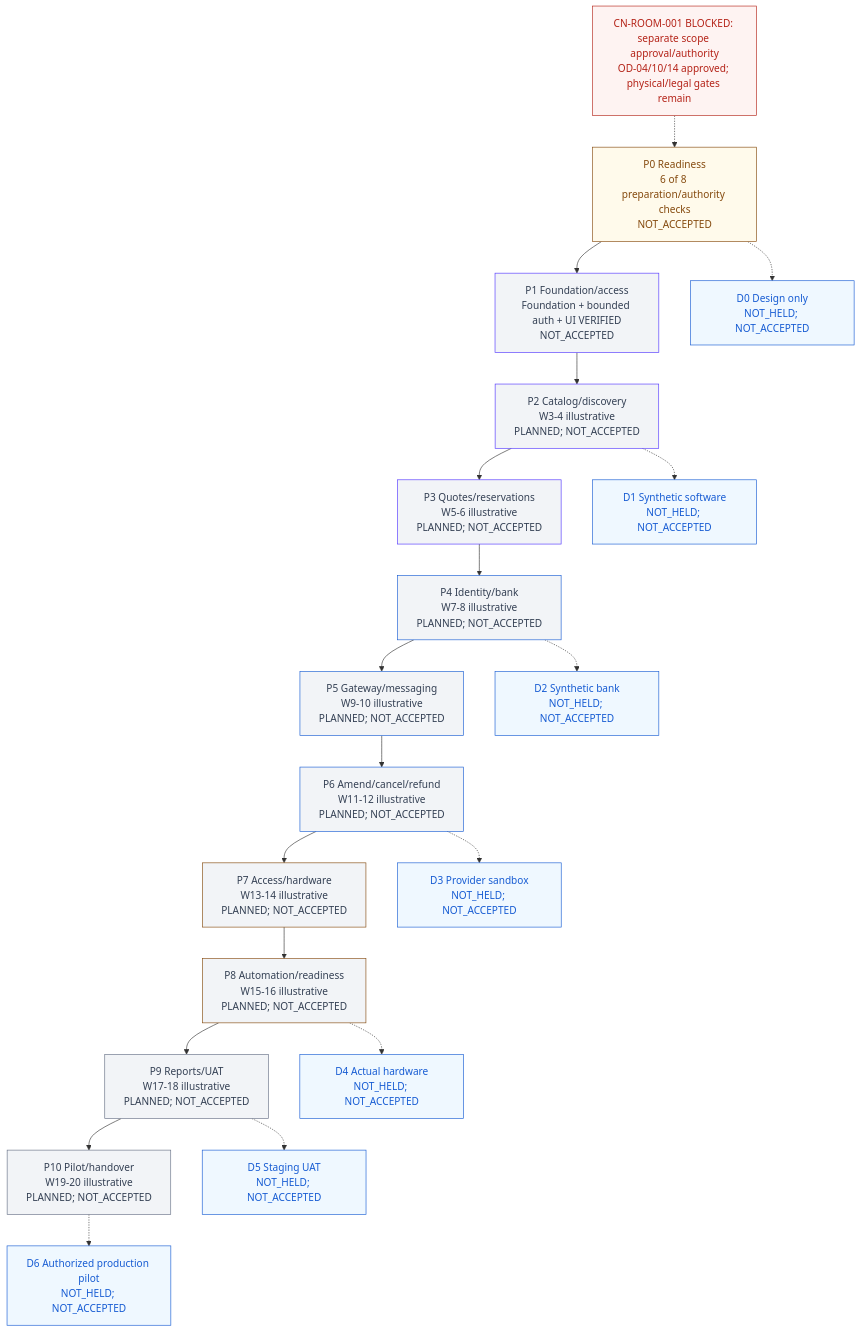
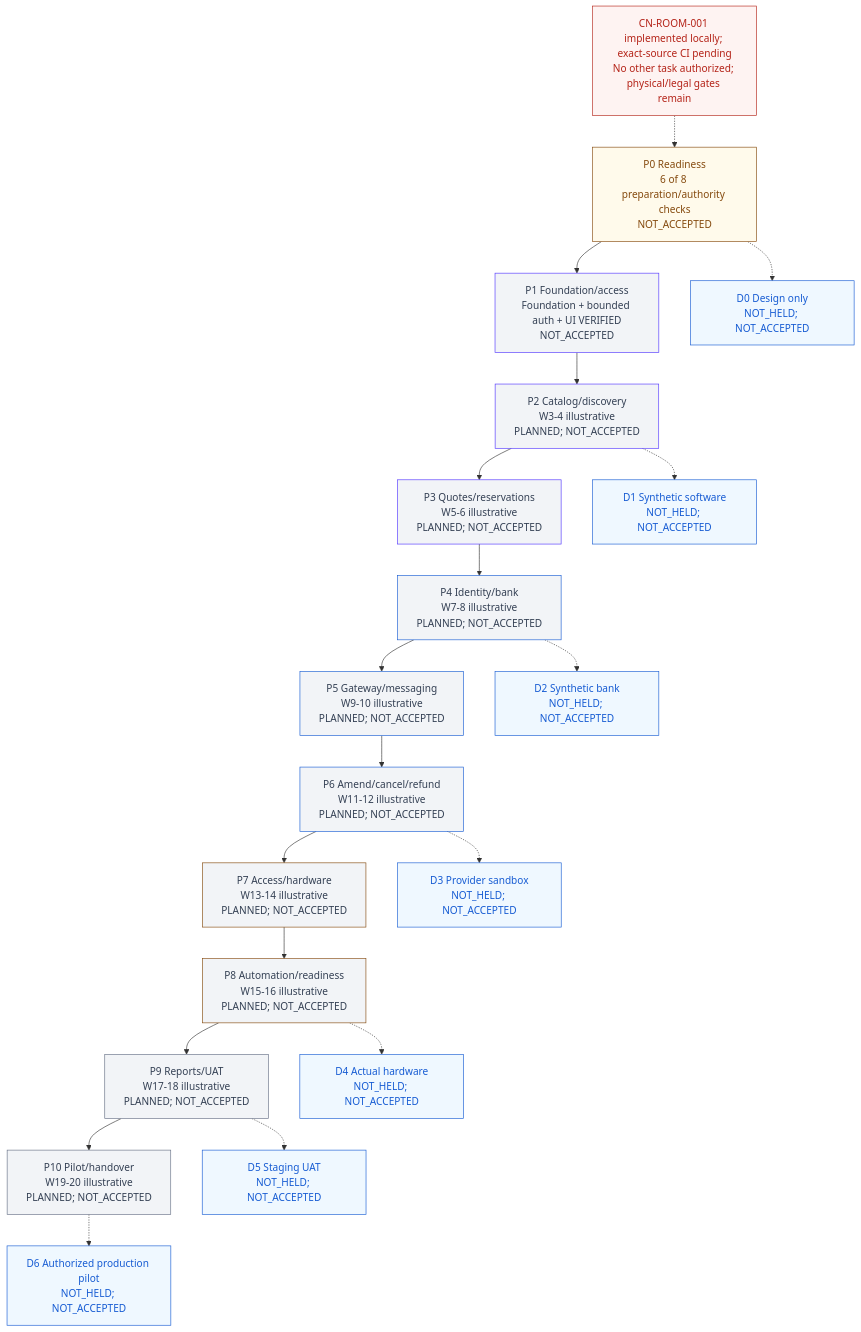
The diagram in knowledge/PROGRESS.md (Hasitha3513/Theater-Project), drawn with Mermaid before and after one commit. The commit also changed other lines of this file and 47 other files, not shown here.

````diff
--- a/knowledge/PROGRESS.md
+++ b/knowledge/PROGRESS.md
@@ -279,45 +292,45 @@
 ```mermaid
 flowchart TB
-  G["CN-ROOM-001 BLOCKED: separate scope approval/authority<br/>OD-04/10/14 approved; physical/legal gates remain"]
+  G["CN-ROOM-001 implemented locally; exact-source CI pending<br/>No other task authorized; physical/legal gates remain"]
   P0["P0 Readiness<br/>6 of 8 preparation/authority checks<br/>NOT_ACCEPTED"]
   P1["P1 Foundation/access<br/>Foundation + bounded auth + UI VERIFIED<br/>NOT_ACCEPTED"]
   P2["P2 Catalog/discovery<br/>W3-4 illustrative<br/>PLANNED; NOT_ACCEPTED"]
   P3["P3 Quotes/reservations<br/>W5-6 illustrative<br/>PLANNED; NOT_ACCEPTED"]
   P4["P4 Identity/bank<br/>W7-8 illustrative<br/>PLANNED; NOT_ACCEPTED"]
   P5["P5 Gateway/messaging<br/>W9-10 illustrative<br/>PLANNED; NOT_ACCEPTED"]
   P6["P6 Amend/cancel/refund<br/>W11-12 illustrative<br/>PLANNED; NOT_ACCEPTED"]
   P7["P7 Access/hardware<br/>W13-14 illustrative<br/>PLANNED; NOT_ACCEPTED"]
   P8["P8 Automation/readiness<br/>W15-16 illustrative<br/>PLANNED; NOT_ACCEPTED"]
   P9["P9 Reports/UAT<br/>W17-18 illustrative<br/>PLANNED; NOT_ACCEPTED"]
   P10["P10 Pilot/handover<br/>W19-20 illustrative<br/>PLANNED; NOT_ACCEPTED"]
   G -.-> P0
   P0 --> P1 --> P2 --> P3 --> P4 --> P5 --> P6 --> P7 --> P8 --> P9 --> P10
   D0["D0 Design only<br/>NOT_HELD; NOT_ACCEPTED"]
   D1["D1 Synthetic software<br/>NOT_HELD; NOT_ACCEPTED"]
   D2["D2 Synthetic bank<br/>NOT_HELD; NOT_ACCEPTED"]
   D3["D3 Provider sandbox<br/>NOT_HELD; NOT_ACCEPTED"]
   D4["D4 Actual hardware<br/>NOT_HELD; NOT_ACCEPTED"]
   D5["D5 Staging UAT<br/>NOT_HELD; NOT_ACCEPTED"]
   D6["D6 Authorized production pilot<br/>NOT_HELD; NOT_ACCEPTED"]
   P0 -.-> D0
   P2 -.-> D1
   P4 -.-> D2
   P6 -.-> D3
   P8 -.-> D4
   P9 -.-> D5
   P10 -.-> D6
   classDef readiness fill:#FFFAEB,color:#854A0E,stroke:#854A0E;
   classDef foundation fill:#F2F4F7,color:#344054,stroke:#5135FF;
   classDef financial fill:#F2F4F7,color:#344054,stroke:#175CD3;
   classDef physical fill:#F2F4F7,color:#344054,stroke:#854A0E;
   classDef release fill:#F2F4F7,color:#344054,stroke:#667085;
   classDef blocked fill:#FEF3F2,color:#B42318,stroke:#B42318;
   classDef demo fill:#EFF8FF,color:#175CD3,stroke:#175CD3;
   class P0 readiness;
   class P1,P2,P3 foundation;
   class P4,P5,P6 financial;
   class P7,P8 physical;
   class P9,P10 release;
   class G blocked;
   class D0,D1,D2,D3,D4,D5,D6 demo;
 ```
````
